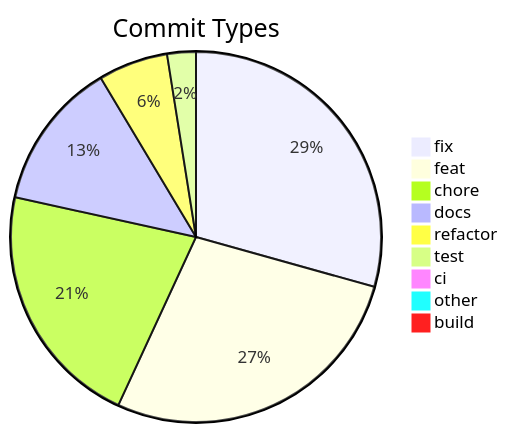
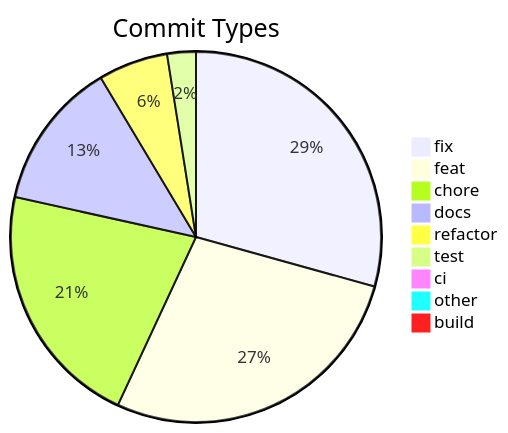
Before and after one commit to svenroth-ai/shipwright: the diagram in .shipwright/compliance/change-history.md, drawn with Mermaid. The commit also changed other lines of this file and 27 other files, not shown here.

````diff
--- a/.shipwright/compliance/change-history.md
+++ b/.shipwright/compliance/change-history.md
@@ -8,12 +8,12 @@
 ```mermaid
 pie title Commit Types
     "fix" : 328
-    "feat" : 308
+    "feat" : 309
     "chore" : 241
     "docs" : 145
     "refactor" : 68
     "test" : 28
     "ci" : 11
     "other" : 9
     "build" : 1
 ```
````
